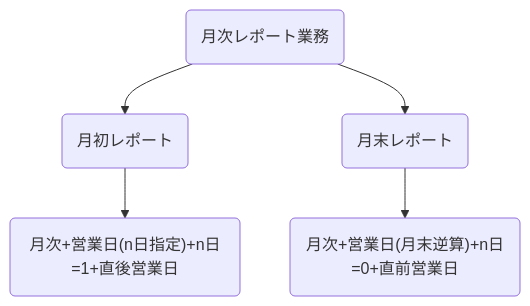
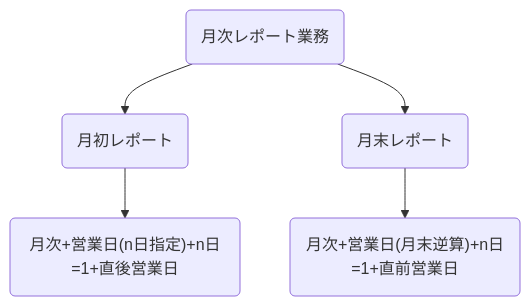
One commit to mkuwan/TaskManaging changed diagram 17 of 20 in README.md. Above: the diagram before and after it, drawn with Mermaid. The commit also changed other lines of this file, not shown here.

````diff
--- a/README.md
+++ b/README.md
@@ -847,8 +848,8 @@
 ```mermaid
 flowchart TD
     A("月次レポート業務") --> B("月初レポート")
     A --> C("月末レポート")
     
     B --> D("月次+営業日(n日指定)+n日=1+直後営業日")
-    C --> E("月次+営業日(月末逆算)+n日=0+直前営業日")
+    C --> E("月次+営業日(月末逆算)+n日=1+直前営業日")
 ```
````
